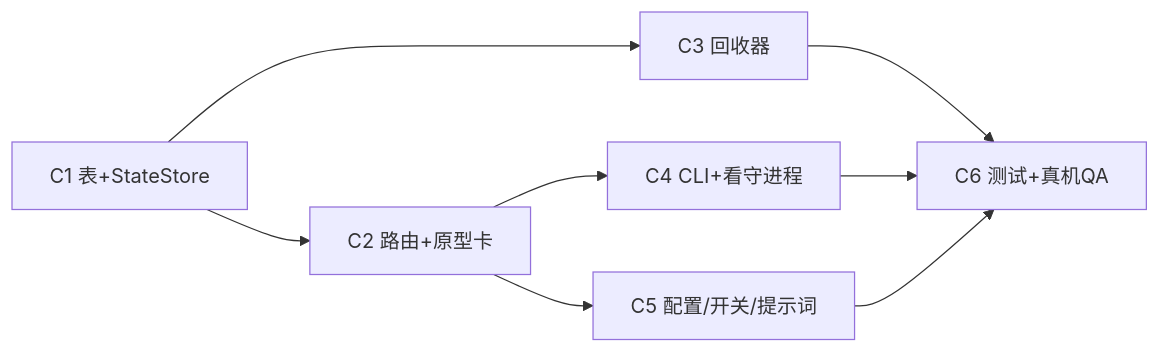
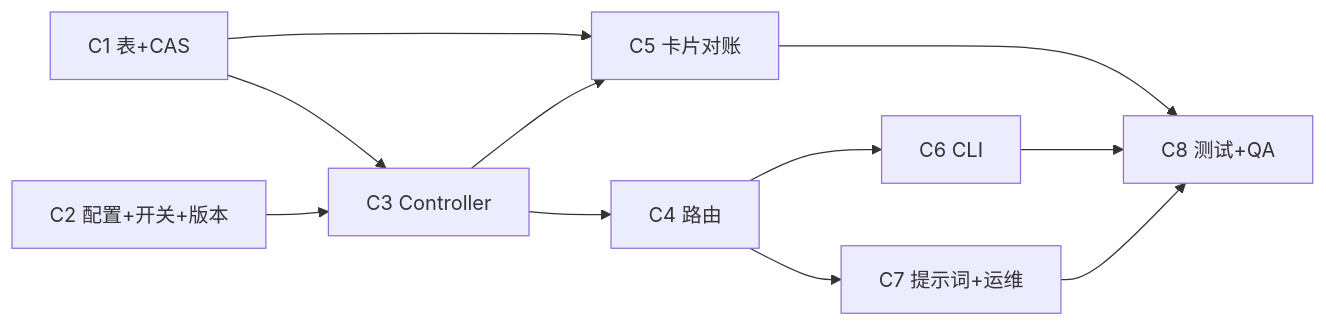
One commit to xrliAnnie/flywheel-qa-sandbox changed the second of 2 diagrams in engineering/doc/FLY-3137-phone-prototype-link/plan.md. Above: the diagram before and after it, drawn with Mermaid. The commit also changed other lines of this file and 2 other files, not shown here.

````diff
--- a/engineering/doc/FLY-3137-phone-prototype-link/plan.md
+++ b/engineering/doc/FLY-3137-phone-prototype-link/plan.md
@@ -200,10 +284,13 @@
 ```mermaid
 graph LR
-  C1[C1 表+StateStore] --> C2[C2 路由+原型卡]
-  C1 --> C3[C3 回收器]
-  C2 --> C4[C4 CLI+看守进程]
-  C2 --> C5[C5 配置/开关/提示词]
-  C3 --> C6[C6 测试+真机QA]
-  C4 --> C6
-  C5 --> C6
+  C1[C1 表+CAS] --> C3[C3 Controller]
+  C2[C2 配置+开关+版本] --> C3
+  C3 --> C4[C4 路由]
+  C1 --> C5[C5 卡片对账]
+  C3 --> C5
+  C4 --> C6[C6 CLI]
+  C4 --> C7[C7 提示词+运维]
+  C5 --> C8[C8 测试+QA]
+  C6 --> C8
+  C7 --> C8
 ```
````
